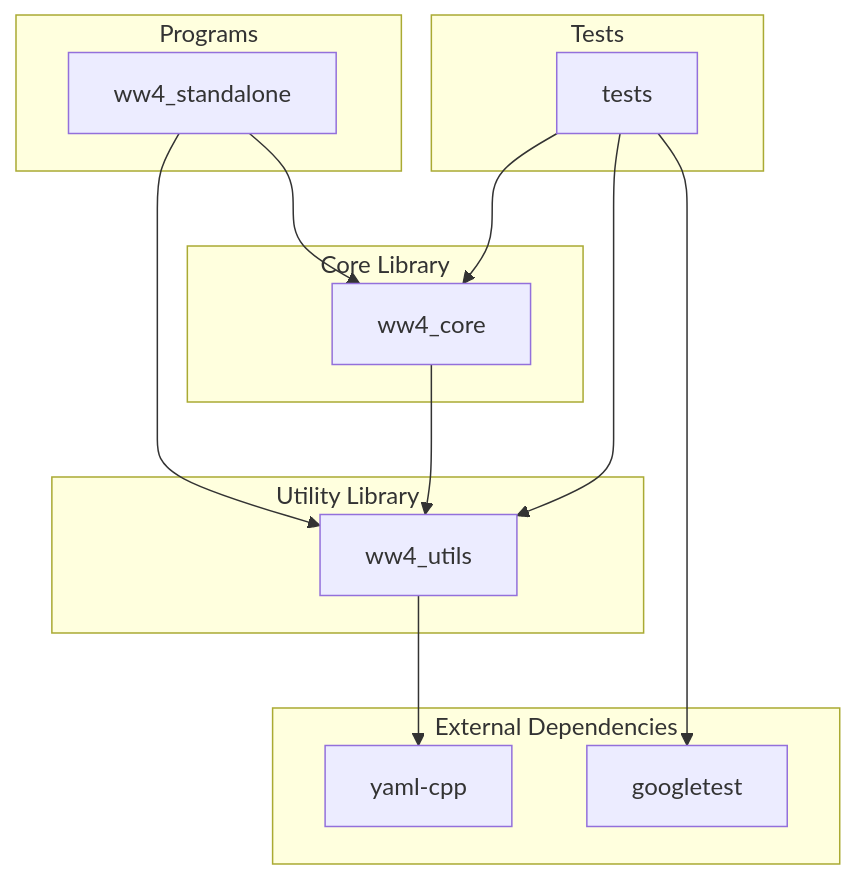
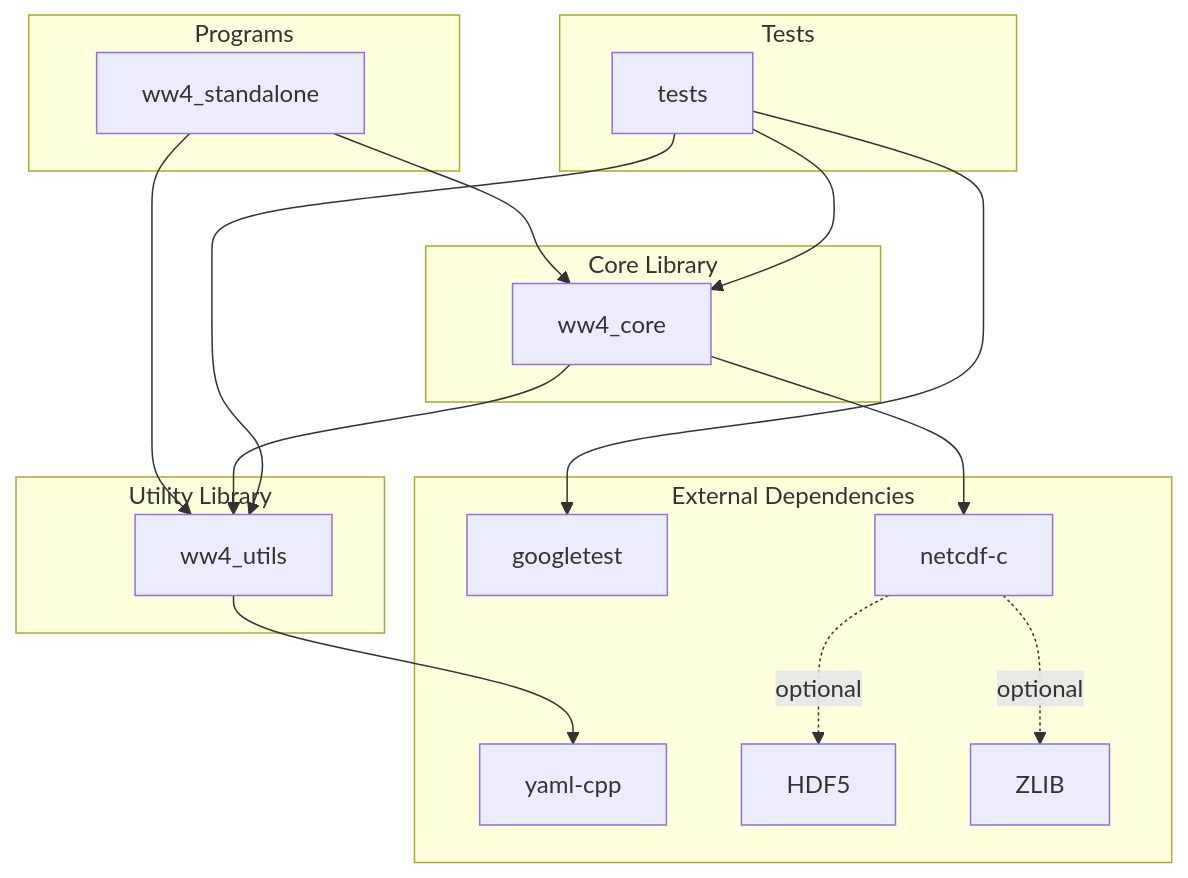
One commit to NOAA-EMC/WW4 changed the first of 5 diagrams in ARCHITECTURE.md. Above: the diagram before and after it, drawn with Mermaid. The commit also changed other lines of this file and 1 other file, not shown here.

Commit message:
Add NetCDF dependencies to ARCHITECTURE & fix plot tool
- Add netcdf-c, HDF5, and ZLIB to External Dependencies in ARCHITECTURE.md component diagram and descriptions
- Ensure grid mask excluded and boundary points take precedence in tools/plot_UQ_domains.py build_display_array

````diff
--- a/ARCHITECTURE.md
+++ b/ARCHITECTURE.md
@@ -20,33 +20,40 @@
 ```mermaid
 graph TD
     subgraph "Programs"
         SA[ww4_standalone]
     end
 
     subgraph "Core Library"
         CORE[ww4_core]
     end
 
     subgraph "Utility Library"
         UTILS[ww4_utils]
     end
 
     subgraph "Tests"
         L1L2[tests]
     end
 
     subgraph "External Dependencies"
         YAML[yaml-cpp]
         GTEST[googletest]
+        NETCDF[netcdf-c]
+        HDF5[HDF5]
+        ZLIB[ZLIB]
     end
 
     SA --> CORE
     SA --> UTILS
     CORE --> UTILS
+    CORE --> NETCDF
 
     L1L2 --> CORE
     L1L2 --> UTILS
     L1L2 --> GTEST
 
     UTILS --> YAML
+
+    NETCDF -. optional .-> HDF5
+    NETCDF -. optional .-> ZLIB
 ```
````
